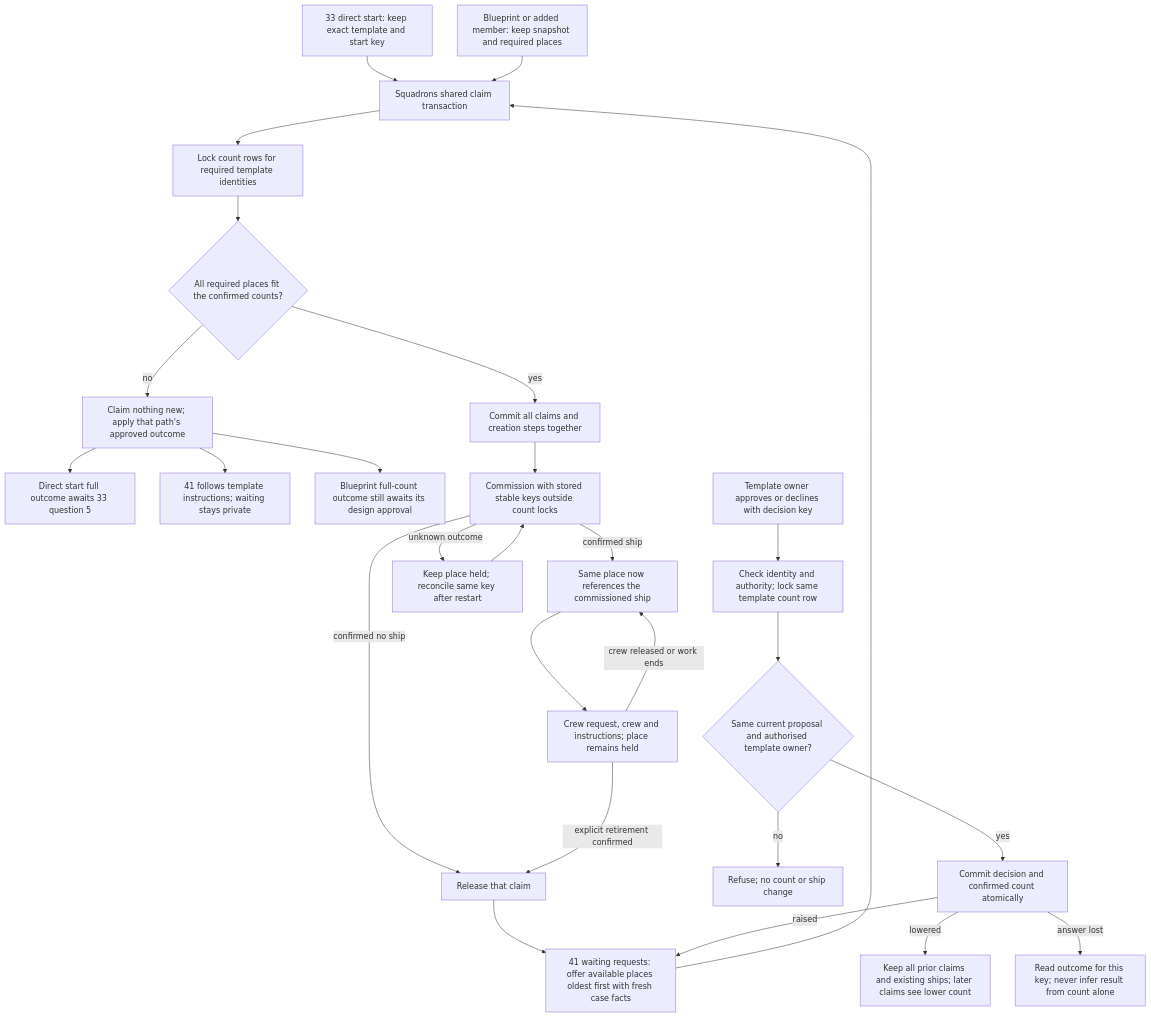
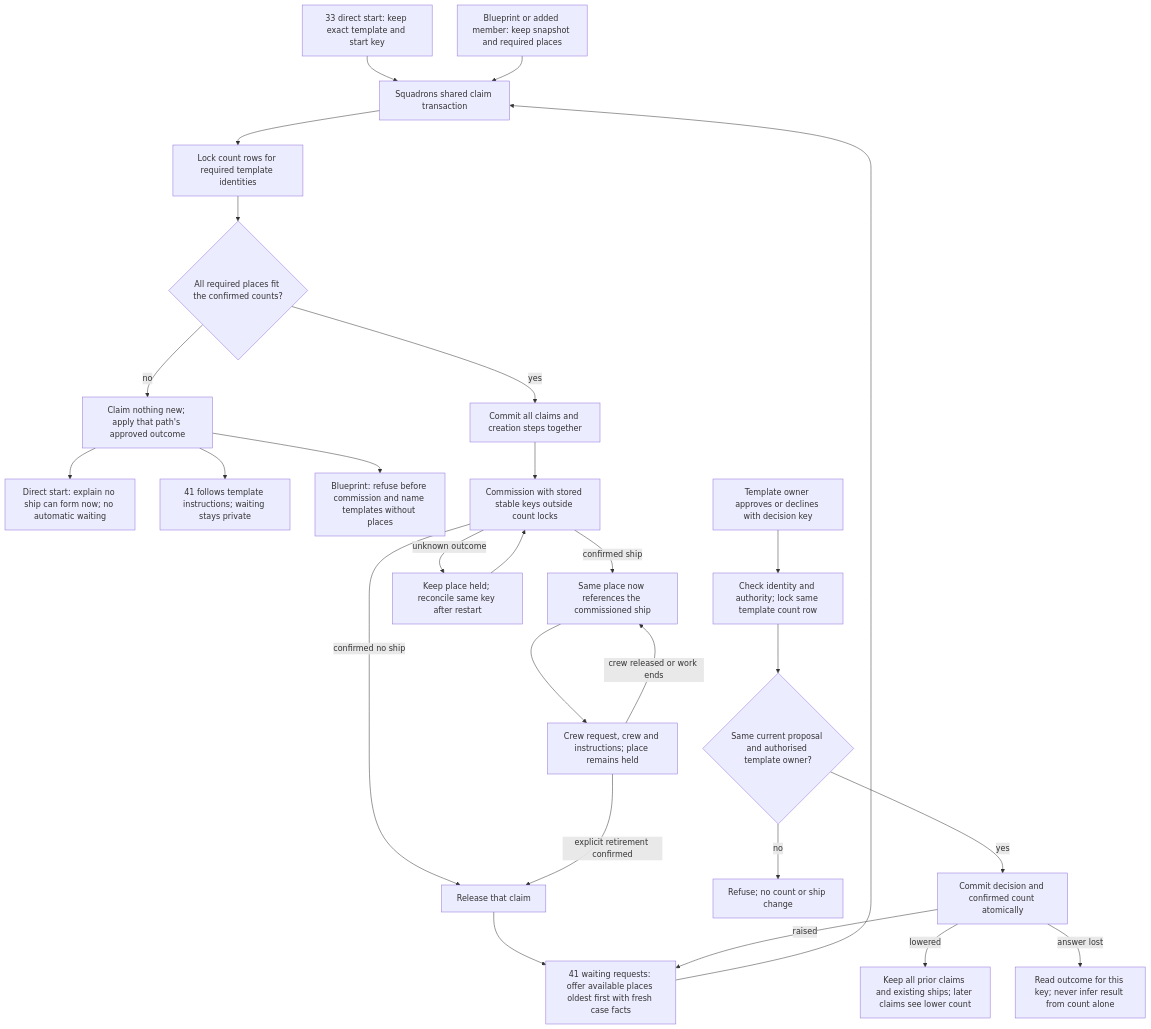
One commit to ThomasHendrickx/aeolus-fleet-squadrons changed the diagram in docs/design/template-count-changes/direct-starts.md. Above: the diagram before and after it, drawn with Mermaid. The commit also changed other lines of this file and 2 other files, not shown here.

Commit message:
docs: record template count dependency answers

````diff
--- a/docs/design/template-count-changes/direct-starts.md
+++ b/docs/design/template-count-changes/direct-starts.md
@@ -24,29 +24,29 @@
 ```mermaid
 flowchart TD
     D[33 direct start: keep exact template and start key] --> S[Squadrons shared claim transaction]
     B[Blueprint or added member: keep snapshot and required places] --> S
     W[41 waiting requests: offer available places oldest first with fresh case facts] --> S
     S --> L[Lock count rows for required template identities]
     L --> Q{All required places fit the confirmed counts?}
     Q -- no --> N[Claim nothing new; apply that path's approved outcome]
-    N --> DN[Direct start full outcome awaits 33 question 5]
+    N --> DN[Direct start: explain no ship can form now; no automatic waiting]
     N --> WN[41 follows template instructions; waiting stays private]
-    N --> BN[Blueprint full-count outcome still awaits its design approval]
+    N --> BN[Blueprint: refuse before commission and name templates without places]
     Q -- yes --> K[Commit all claims and creation steps together]
     K --> C[Commission with stored stable keys outside count locks]
     C -- confirmed ship --> H[Same place now references the commissioned ship]
     C -- unknown outcome --> U[Keep place held; reconcile same key after restart]
     U --> C
     C -- confirmed no ship --> F[Release that claim]
     H --> R[Crew request, crew and instructions; place remains held]
     R -- crew released or work ends --> H
     R -- explicit retirement confirmed --> F
     F --> W
     O[Template owner approves or declines with decision key] --> I[Check identity and authority; lock same template count row]
     I --> V{Same current proposal and authorised template owner?}
     V -- no --> X[Refuse; no count or ship change]
     V -- yes --> T[Commit decision and confirmed count atomically]
     T -- lowered --> E[Keep all prior claims and existing ships; later claims see lower count]
     T -- raised --> W
     T -- answer lost --> A[Read outcome for this key; never infer result from count alone]
 ```
````
